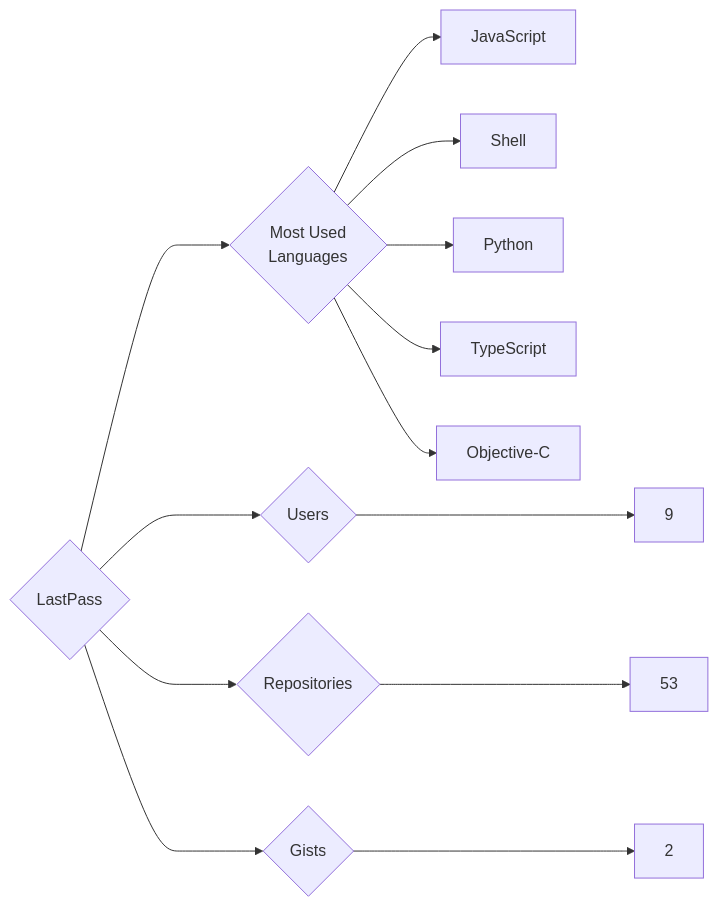
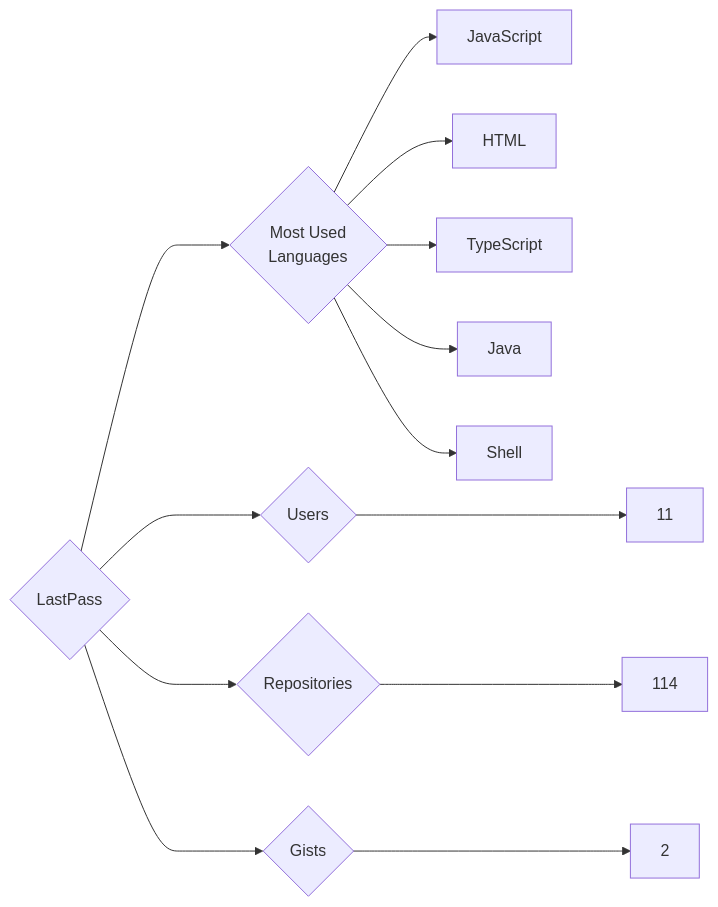
The diagram in targets/LastPass/README.md (trickest/insiders), drawn with Mermaid before and after one commit. The commit also changed 749 other files, not shown here.

````diff
--- a/targets/LastPass/README.md
+++ b/targets/LastPass/README.md
@@ -3,13 +3,13 @@
 ```mermaid
 graph LR
 COMPANY_NAME{LastPass}
-COMPANY_NAME ---> U{Users} ---> UN[9]
-COMPANY_NAME ---> R{Repositories} ---> RN[53]
+COMPANY_NAME ---> U{Users} ---> UN[11]
+COMPANY_NAME ---> R{Repositories} ---> RN[114]
 COMPANY_NAME ---> G{Gists} ---> GN[2]
 COMPANY_NAME ---> ML{Most Used<br>Languages}
 ML --> JavaScript[JavaScript]
+ML --> HTML[HTML]
+ML --> TypeScript[TypeScript]
+ML --> Java[Java]
 ML --> Shell[Shell]
-ML --> Python[Python]
-ML --> TypeScript[TypeScript]
-ML --> Objective-C[Objective-C]
 ```
````
